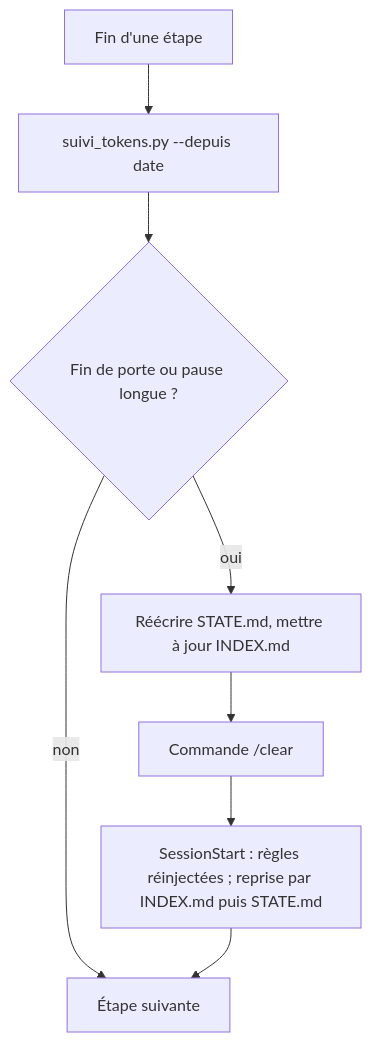
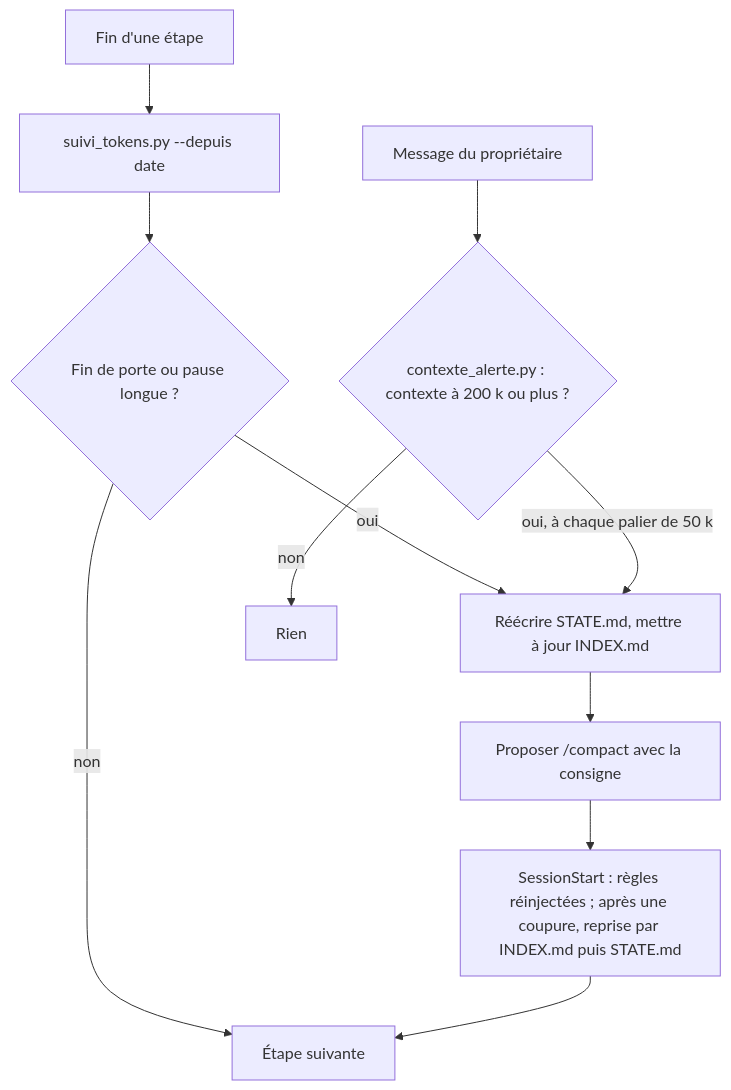
One commit to hichamsbihi/studio-faceless changed the third of 3 diagrams in docs/workflows/session-et-garde-fou.md. Above: the diagram before and after it, drawn with Mermaid. The commit also changed other lines of this file and 16 other files, not shown here.

First line of the commit message:
plugin 0.4.1 : plus de /clear (fin de porte : état écrit puis /compact), Claude principal sur Opus, hook d'alerte de contexte à 200 k ; documentation (Hicham, 02/11/2026)

````diff
--- a/docs/workflows/session-et-garde-fou.md
+++ b/docs/workflows/session-et-garde-fou.md
@@ -181,10 +182,13 @@
 ```mermaid
 flowchart TD
     A[Fin d'une étape] --> B[suivi_tokens.py --depuis date]
     B --> C{Fin de porte ou pause longue ?}
     C -->|non| D[Étape suivante]
     C -->|oui| E[Réécrire STATE.md, mettre à jour INDEX.md]
-    E --> F["Commande /clear"]
-    F --> G[SessionStart : règles réinjectées ; reprise par INDEX.md puis STATE.md]
+    E --> F["Proposer /compact avec la consigne"]
+    F --> G[SessionStart : règles réinjectées ; après une coupure, reprise par INDEX.md puis STATE.md]
     G --> D
+    M[Message du propriétaire] --> H{"contexte_alerte.py : contexte à 200 k ou plus ?"}
+    H -->|non| N[Rien]
+    H -->|"oui, à chaque palier de 50 k"| E
 ```
````
